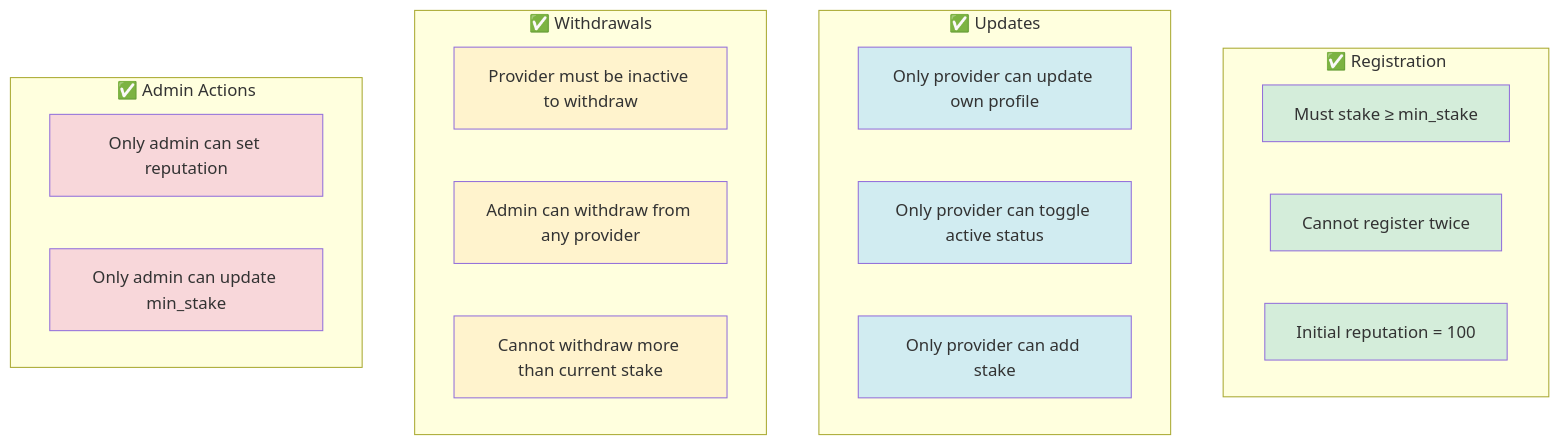
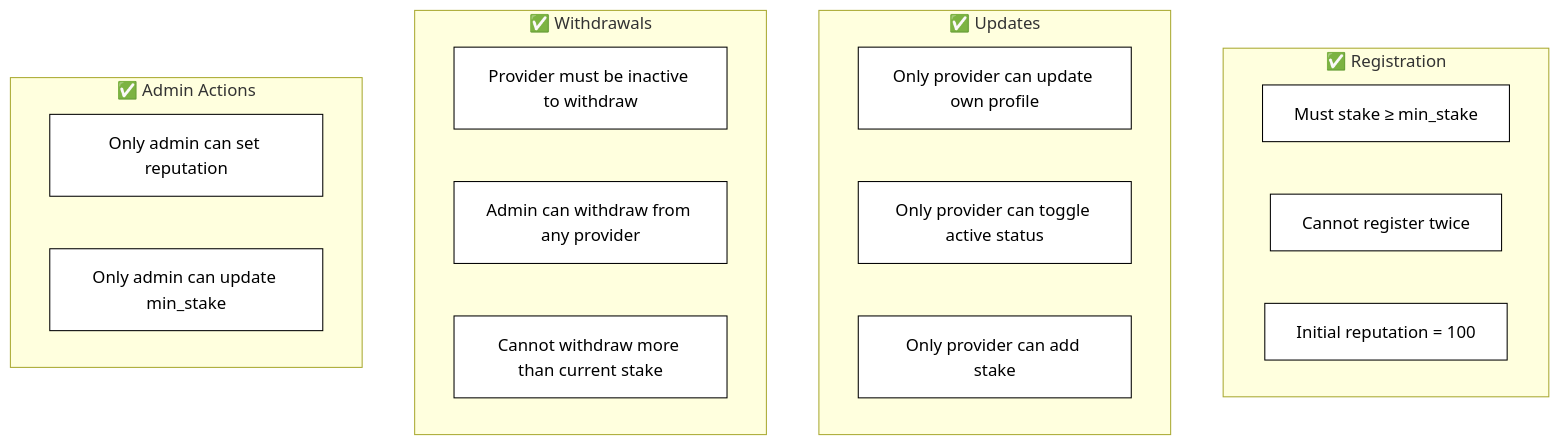
One commit to PolkaMesh/PolkaMesh-Contracts changed diagram 16 of 17 in compute_provider_registry/README.md. Above: the diagram before and after it, drawn with Mermaid. The commit also changed other lines of this file and 4 other files, not shown here.

````diff
--- a/compute_provider_registry/README.md
+++ b/compute_provider_registry/README.md
@@ -380,37 +380,37 @@
 ```mermaid
 graph TB
     subgraph "✅ Registration"
         A1[Must stake ≥ min_stake]
         A2[Cannot register twice]
         A3[Initial reputation = 100]
     end
 
     subgraph "✅ Updates"
         B1[Only provider can update own profile]
         B2[Only provider can toggle active status]
         B3[Only provider can add stake]
     end
 
     subgraph "✅ Withdrawals"
         C1[Provider must be inactive to withdraw]
         C2[Admin can withdraw from any provider]
         C3[Cannot withdraw more than current stake]
     end
 
     subgraph "✅ Admin Actions"
         D1[Only admin can set reputation]
         D2[Only admin can update min_stake]
     end
 
-    style A1 fill:#d4edda
-    style A2 fill:#d4edda
-    style A3 fill:#d4edda
-    style B1 fill:#d1ecf1
-    style B2 fill:#d1ecf1
-    style B3 fill:#d1ecf1
-    style C1 fill:#fff3cd
-    style C2 fill:#fff3cd
-    style C3 fill:#fff3cd
-    style D1 fill:#f8d7da
-    style D2 fill:#f8d7da
+    style A1 fill:#ffffff,stroke:#000000,color:#000000
+    style A2 fill:#ffffff,stroke:#000000,color:#000000
+    style A3 fill:#ffffff,stroke:#000000,color:#000000
+    style B1 fill:#ffffff,stroke:#000000,color:#000000
+    style B2 fill:#ffffff,stroke:#000000,color:#000000
+    style B3 fill:#ffffff,stroke:#000000,color:#000000
+    style C1 fill:#ffffff,stroke:#000000,color:#000000
+    style C2 fill:#ffffff,stroke:#000000,color:#000000
+    style C3 fill:#ffffff,stroke:#000000,color:#000000
+    style D1 fill:#ffffff,stroke:#000000,color:#000000
+    style D2 fill:#ffffff,stroke:#000000,color:#000000
 ```
````
